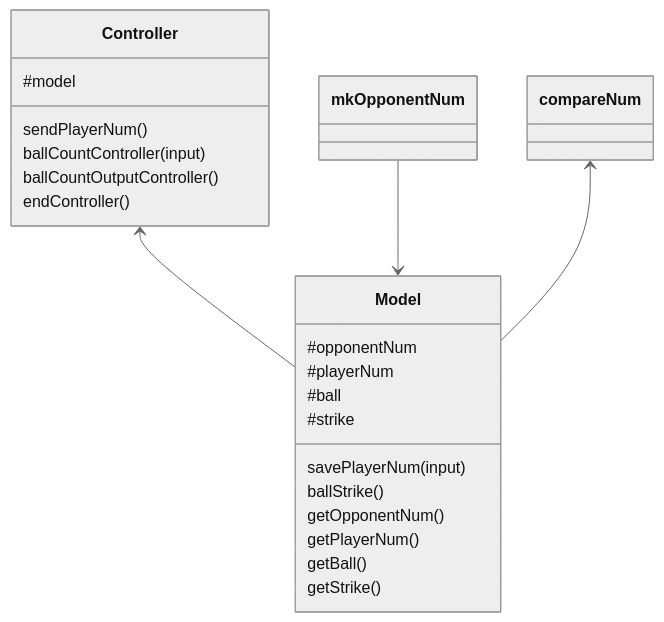
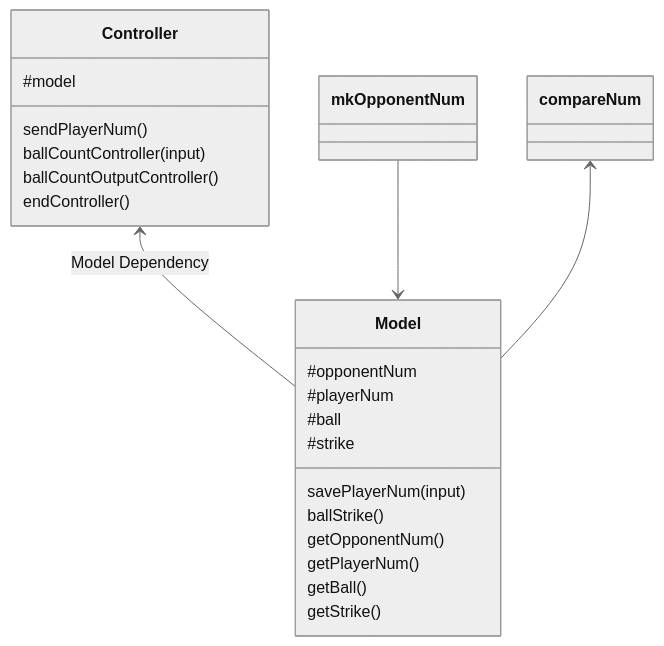
One commit to woowacourse-precourse/javascript-baseball-6 changed the second of 2 diagrams in src/docs/README.md. Above: the diagram before and after it, drawn with Mermaid (neutral theme). The commit also changed other lines of this file, not shown here.

````diff
--- a/src/docs/README.md
+++ b/src/docs/README.md
@@ -111,23 +106,23 @@
 ``` mermaid
 classDiagram
-  Controller <-- Model
+  Controller <-- Model : Model Dependency
   mkOpponentNum --> Model
   compareNum <-- Model
 
   Controller : #model
   Controller : sendPlayerNum() 
   Controller : ballCountController(input)
   Controller : ballCountOutputController()
   Controller : endController()
 
   Model : #opponentNum
   Model : #playerNum
   Model : #ball
   Model : #strike
   Model : savePlayerNum(input)
   Model : ballStrike()
   Model : getOpponentNum()
   Model : getPlayerNum()
   Model : getBall()
   Model : getStrike()
 ```
````
